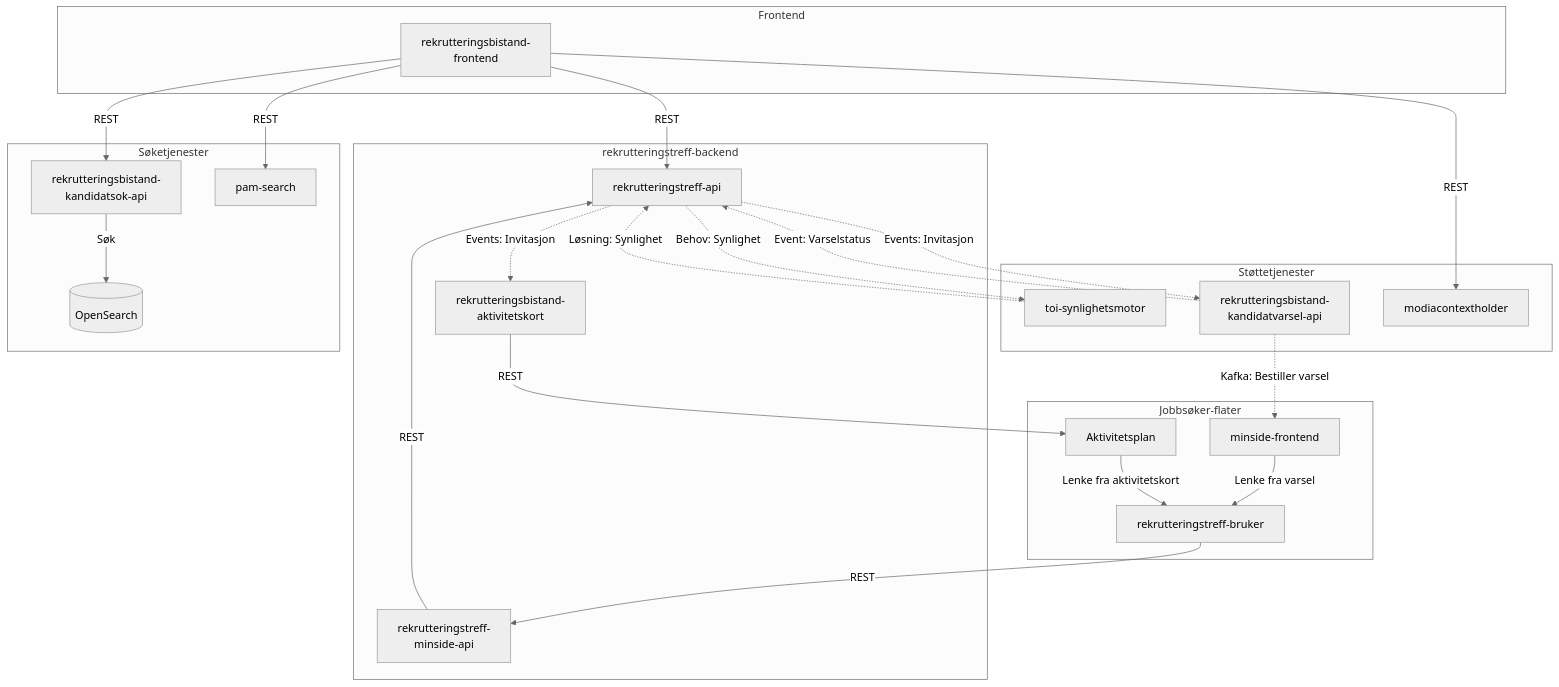
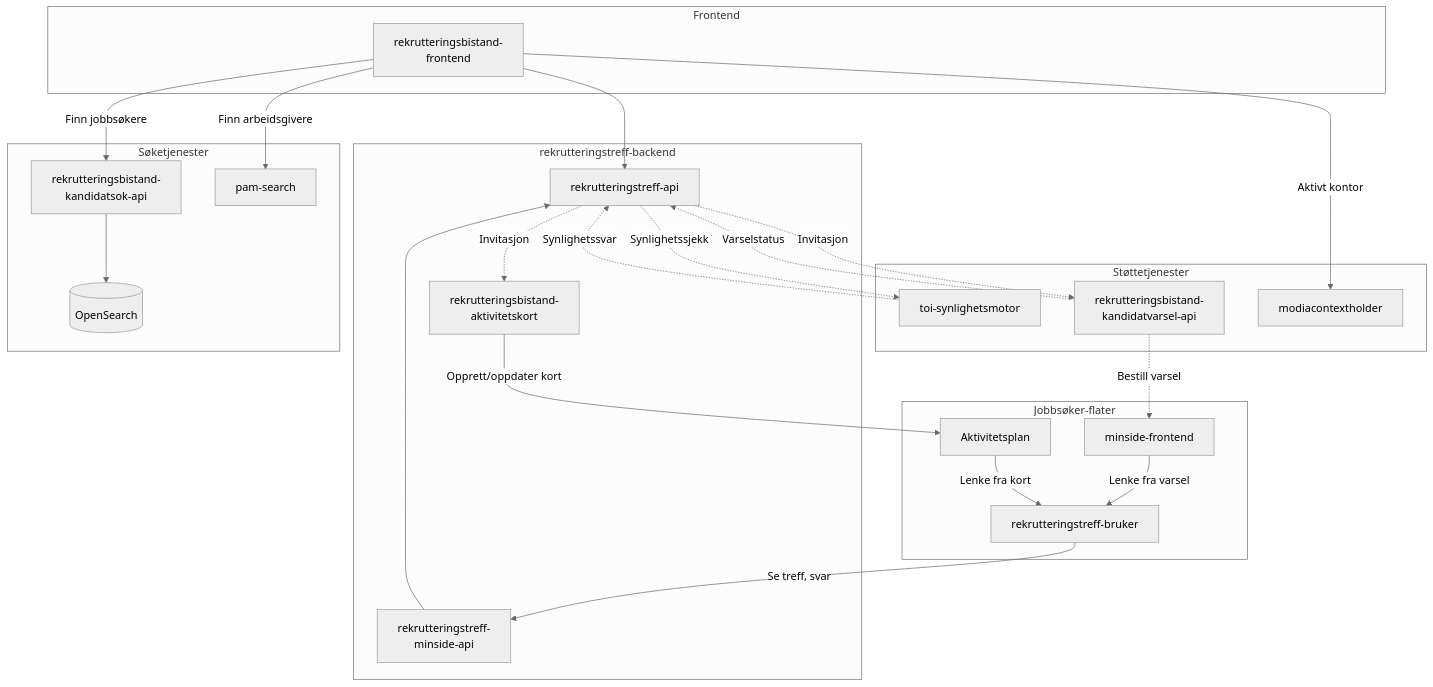
One commit to navikt/rekrutteringstreff-backend changed the diagram in docs/1-oversikt/oversikt.md. Above: the diagram before and after it, drawn with Mermaid (neutral theme).

Commit message:
Oppdater systemdkumentasjon basert på ros

````diff
--- a/docs/1-oversikt/oversikt.md
+++ b/docs/1-oversikt/oversikt.md
@@ -17,59 +17,59 @@
 ```mermaid
 graph TD
     subgraph Frontend
         RBF[rekrutteringsbistand-<br/>frontend]
     end
 
     subgraph "rekrutteringstreff-backend"
         API[rekrutteringstreff-api]
         MINSIDE_API[rekrutteringstreff-<br/>minside-api]
         AK[rekrutteringsbistand-<br/>aktivitetskort]
     end
 
     subgraph Støttetjenester
         SYN[toi-synlighetsmotor]
         VARSEL[rekrutteringsbistand-<br/>kandidatvarsel-api]
         MODIA[modiacontextholder]
     end
 
     subgraph Søketjenester
         KSOK[rekrutteringsbistand-<br/>kandidatsok-api]
         OS[(OpenSearch)]
         PAM[pam-search]
     end
 
     subgraph "Jobbsøker-flater"
         AKTIVITET[Aktivitetsplan]
         MINSIDE_FE[minside-frontend]
         RTB[rekrutteringstreff-bruker]
     end
 
     %% Frontend til backend
-    RBF -->|REST| API
+    RBF --> API
 
     %% Frontend til søketjenester
-    RBF -->|REST| KSOK
-    RBF -->|REST| PAM
-    KSOK -->|Søk| OS
+    RBF -->|Finn jobbsøkere| KSOK
+    RBF -->|Finn arbeidsgivere| PAM
+    KSOK --> OS
 
     %% Frontend til støttetjenester
-    RBF -->|REST| MODIA
+    RBF -->|Aktivt kontor| MODIA
 
     %% Jobbsøker-flyt
-    RTB -->|REST| MINSIDE_API
-    MINSIDE_API -->|REST| API
-    AK -->|REST| AKTIVITET
+    RTB -->|Se treff, svar| MINSIDE_API
+    MINSIDE_API --> API
+    AK -->|Opprett/oppdater kort| AKTIVITET
 
     %% Jobbsøker-innganger
     MINSIDE_FE -->|Lenke fra varsel| RTB
-    AKTIVITET -->|Lenke fra aktivitetskort| RTB
+    AKTIVITET -->|Lenke fra kort| RTB
 
     %% Kafka-flyt (Rapids & Rivers)
-    API -.->|Events: Invitasjon| AK
-    API -.->|Events: Invitasjon| VARSEL
-    API -.->|Behov: Synlighet| SYN
-    VARSEL -.->|Kafka: Bestiller varsel| MINSIDE_FE
+    API -.->|Invitasjon| AK
+    API -.->|Invitasjon| VARSEL
+    API -.->|Synlighetssjekk| SYN
+    VARSEL -.->|Bestill varsel| MINSIDE_FE
 
-    SYN -.->|Løsning: Synlighet| API
-    VARSEL -.->|Event: Varselstatus| API
+    SYN -.->|Synlighetssvar| API
+    VARSEL -.->|Varselstatus| API
 ```
````
